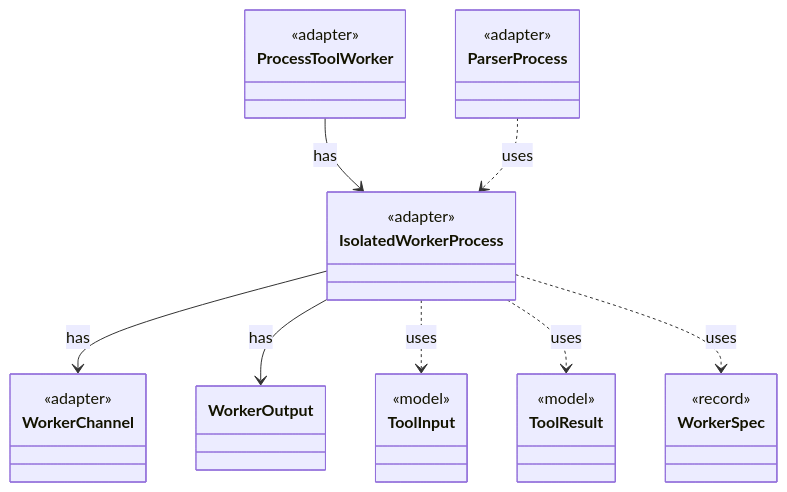
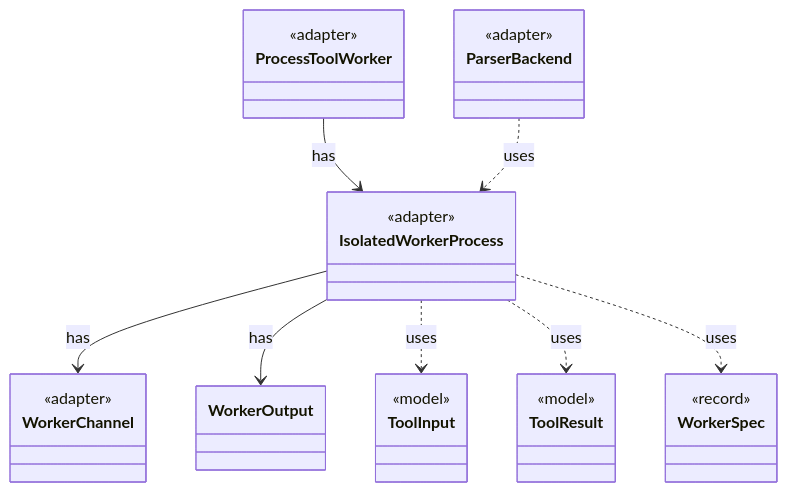
One commit to tlaplus/model-checker-hardening changed the diagram in dev/types/io.github.tlaplus.hardening.workflow.worker.IsolatedWorkerProcess.md. Above: the diagram before and after it, drawn with Mermaid. The commit also changed other lines of this file and 408 other files, not shown here.

````diff
--- a/dev/types/io.github.tlaplus.hardening.workflow.worker.IsolatedWorkerProcess.md
+++ b/dev/types/io.github.tlaplus.hardening.workflow.worker.IsolatedWorkerProcess.md
@@ -7,32 +7,32 @@
 ```mermaid
 classDiagram
   class IsolatedWorkerProcess {
     <<adapter>>
   }
   class WorkerChannel {
     <<adapter>>
   }
   class WorkerOutput
   class ProcessToolWorker {
     <<adapter>>
   }
   class ToolInput {
     <<model>>
   }
   class ToolResult {
     <<model>>
   }
   class WorkerSpec {
     <<record>>
   }
-  class ParserProcess {
+  class ParserBackend {
     <<adapter>>
   }
   IsolatedWorkerProcess --> WorkerChannel : has
   IsolatedWorkerProcess --> WorkerOutput : has
   ProcessToolWorker --> IsolatedWorkerProcess : has
   IsolatedWorkerProcess ..> ToolInput : uses
   IsolatedWorkerProcess ..> ToolResult : uses
   IsolatedWorkerProcess ..> WorkerSpec : uses
-  ParserProcess ..> IsolatedWorkerProcess : uses
+  ParserBackend ..> IsolatedWorkerProcess : uses
 ```
````
